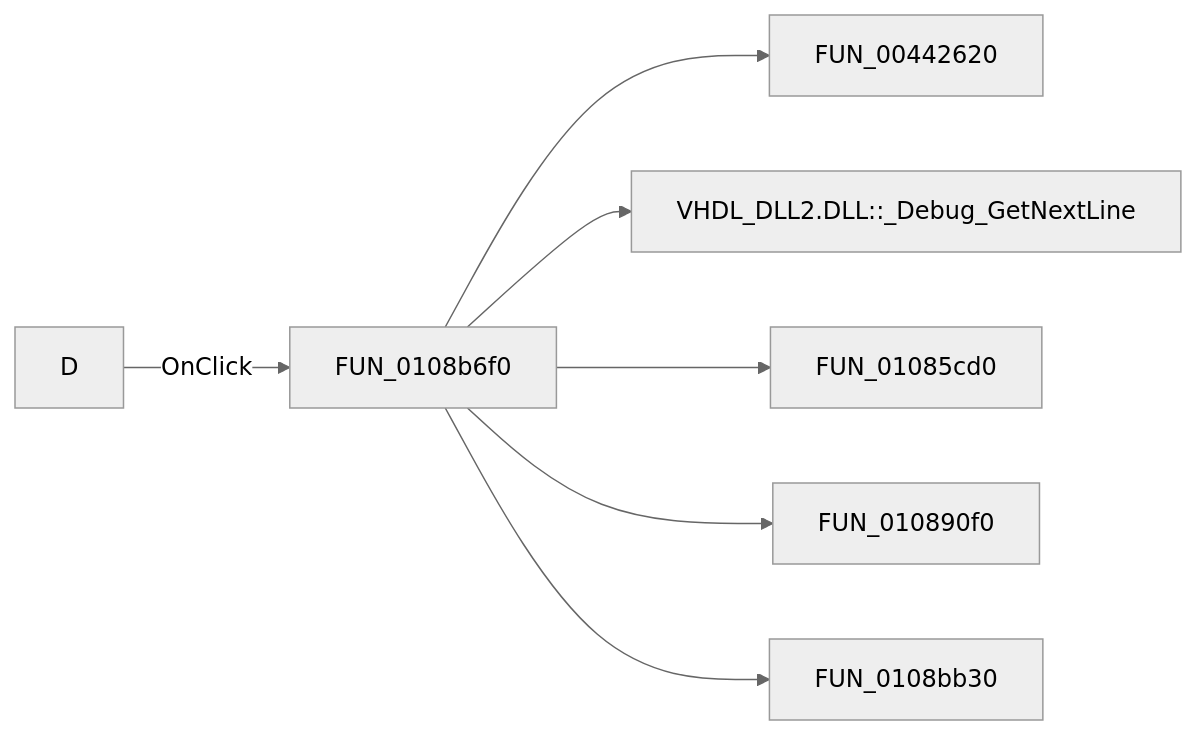
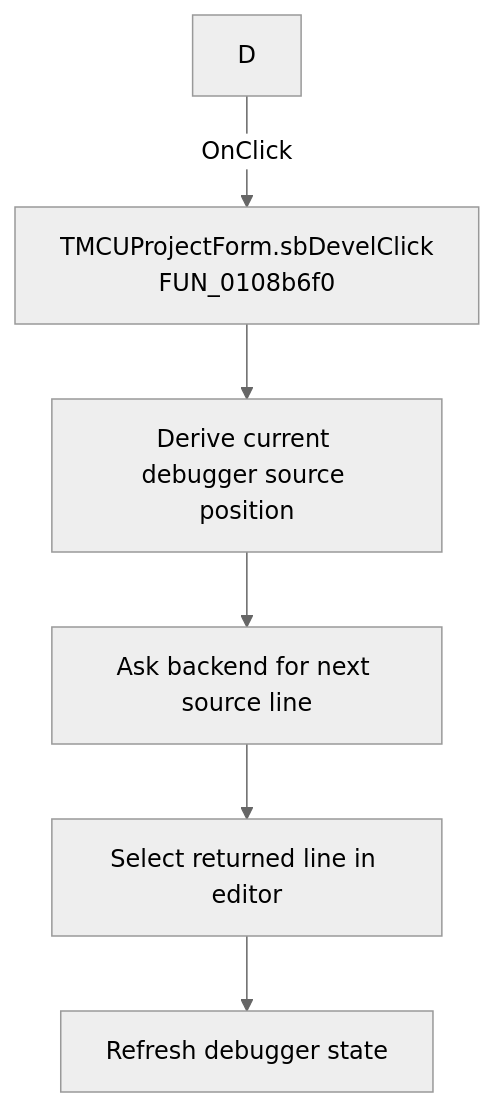
The diagram in docs/ui-controls/mcuprojectform/sbdevel-2375574ee4.md (MovGP0/TIARA), drawn with Mermaid (neutral theme) before and after one commit. The commit also changed other lines of this file and 1062 other files, not shown here.

````diff
--- a/docs/ui-controls/mcuprojectform/sbdevel-2375574ee4.md
+++ b/docs/ui-controls/mcuprojectform/sbdevel-2375574ee4.md
@@ -27,9 +27,8 @@
 ```mermaid
-flowchart LR
-    control["D"] -->|OnClick| handler["FUN_0108b6f0"]
-    handler --> call1["FUN_00442620"]
-    handler --> call2["VHDL_DLL2.DLL::_Debug_GetNextLine"]
-    handler --> call3["FUN_01085cd0"]
-    handler --> call4["FUN_010890f0"]
-    handler --> call5["FUN_0108bb30"]
+flowchart TD
+    control["D"] -->|OnClick| handler["TMCUProjectForm.sbDevelClick<br/>FUN_0108b6f0"]
+    handler --> current["Derive current debugger source position"]
+    current --> next["Ask backend for next source line"]
+    next --> select["Select returned line in editor"]
+    select --> refresh["Refresh debugger state"]
 ```
````
